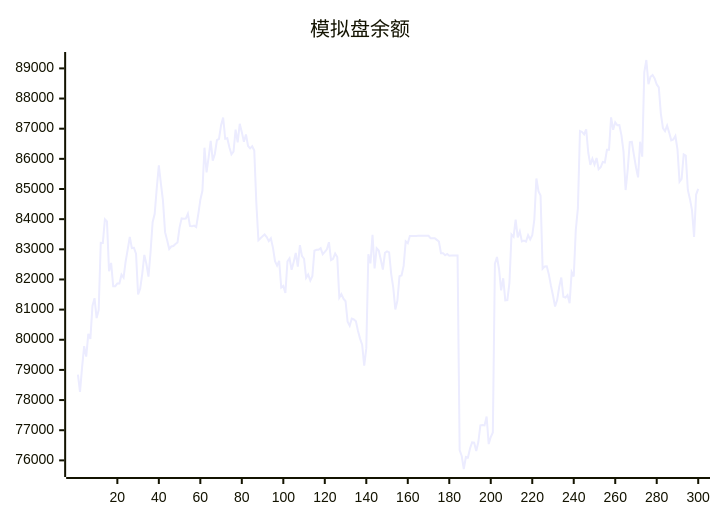
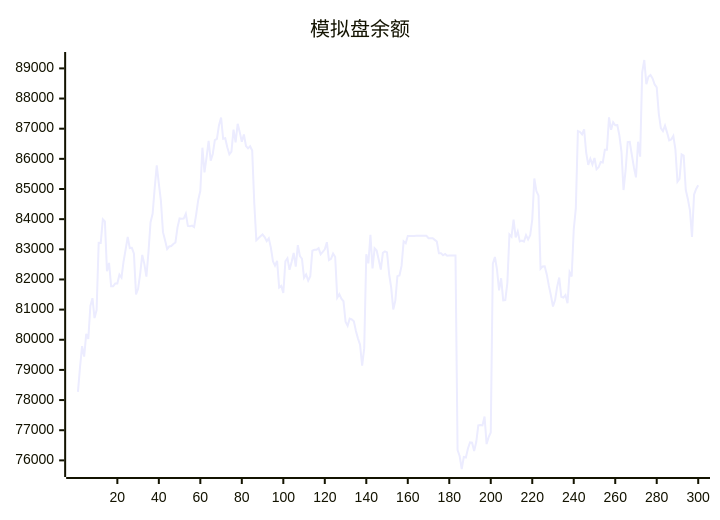
One commit to aahl/ai-trading changed the diagram in README.md. Above: the diagram before and after it, drawn with Mermaid. The commit also changed other lines of this file and 1 other file, not shown here.

````diff
--- a/README.md
+++ b/README.md
@@ -5,5 +5,5 @@
 ```mermaid
 xychart
     title "模拟盘余额"
-    line [78846,78272,79085,79787,79442,80198,80031,81120,81379,80718,80985,83214,83212,83993,83921,82270,82547,81776,81776,81866,81866,82158,82061,82596,83000,83408,83041,83050,82858,81503,81691,82188,82812,82517,82092,82901,83898,84180,85030,85781,85178,84604,83569,83298,83008,83093,83107,83175,83228,83729,84025,84017,84019,84177,83775,83762,83785,83738,84160,84639,84939,86370,85548,86046,86599,85942,86161,86622,86664,87115,87369,86666,86685,86384,86152,86243,86969,86548,87164,86885,86566,86809,86427,86348,86417,86273,84538,83299,83369,83430,83490,83404,83270,83362,83056,82605,82459,82614,81734,81788,81551,82598,82702,82320,82580,82878,82426,83139,82778,82686,82056,82166,81963,82110,82951,82983,82984,83038,82838,82915,82998,83235,82642,82682,82858,82746,81396,81512,81362,81277,80600,80461,80699,80673,80616,80288,80038,79836,79142,79722,82837,82533,83480,82366,83032,82960,82654,82330,82883,82934,82901,82188,81728,81005,81298,82110,82135,82449,83264,83203,83440,83439,83440,83440,83446,83447,83448,83447,83448,83449,83369,83369,83369,83313,83256,82872,82873,82801,82844,82785,82791,82791,82793,82794,76339,76145,75714,76110,76096,76397,76594,76585,76310,76607,77160,77170,77160,77456,76541,76774,76927,82520,82744,82337,81639,82040,81307,81314,81887,83490,83414,83984,83396,83594,83261,83287,83253,83470,83327,83465,83987,85348,84930,84786,82355,82433,82438,82167,81795,81466,81105,81315,81756,82064,81426,81398,81481,81210,82242,82099,83658,84359,86925,86892,86814,86980,86203,85802,86003,85811,86028,85657,85721,85896,85880,86300,86299,87378,86965,87214,87115,87118,86780,86238,84966,85623,86555,86562,86129,85722,85387,86569,86070,88870,89278,88477,88720,88781,88668,88467,88372,87493,87018,86917,87102,86870,86613,86644,86758,86317,85242,85334,86149,86106,84968,84671,84302,83410,84816,85001]
+    line [78272,79085,79787,79442,80198,80031,81120,81379,80718,80985,83214,83212,83993,83921,82270,82547,81776,81776,81866,81866,82158,82061,82596,83000,83408,83041,83050,82858,81503,81691,82188,82812,82517,82092,82901,83898,84180,85030,85781,85178,84604,83569,83298,83008,83093,83107,83175,83228,83729,84025,84017,84019,84177,83775,83762,83785,83738,84160,84639,84939,86370,85548,86046,86599,85942,86161,86622,86664,87115,87369,86666,86685,86384,86152,86243,86969,86548,87164,86885,86566,86809,86427,86348,86417,86273,84538,83299,83369,83430,83490,83404,83270,83362,83056,82605,82459,82614,81734,81788,81551,82598,82702,82320,82580,82878,82426,83139,82778,82686,82056,82166,81963,82110,82951,82983,82984,83038,82838,82915,82998,83235,82642,82682,82858,82746,81396,81512,81362,81277,80600,80461,80699,80673,80616,80288,80038,79836,79142,79722,82837,82533,83480,82366,83032,82960,82654,82330,82883,82934,82901,82188,81728,81005,81298,82110,82135,82449,83264,83203,83440,83439,83440,83440,83446,83447,83448,83447,83448,83449,83369,83369,83369,83313,83256,82872,82873,82801,82844,82785,82791,82791,82793,82794,76339,76145,75714,76110,76096,76397,76594,76585,76310,76607,77160,77170,77160,77456,76541,76774,76927,82520,82744,82337,81639,82040,81307,81314,81887,83490,83414,83984,83396,83594,83261,83287,83253,83470,83327,83465,83987,85348,84930,84786,82355,82433,82438,82167,81795,81466,81105,81315,81756,82064,81426,81398,81481,81210,82242,82099,83658,84359,86925,86892,86814,86980,86203,85802,86003,85811,86028,85657,85721,85896,85880,86300,86299,87378,86965,87214,87115,87118,86780,86238,84966,85623,86555,86562,86129,85722,85387,86569,86070,88870,89278,88477,88720,88781,88668,88467,88372,87493,87018,86917,87102,86870,86613,86644,86758,86317,85242,85334,86149,86106,84968,84671,84302,83410,84816,85001,85127]
 ```
````
